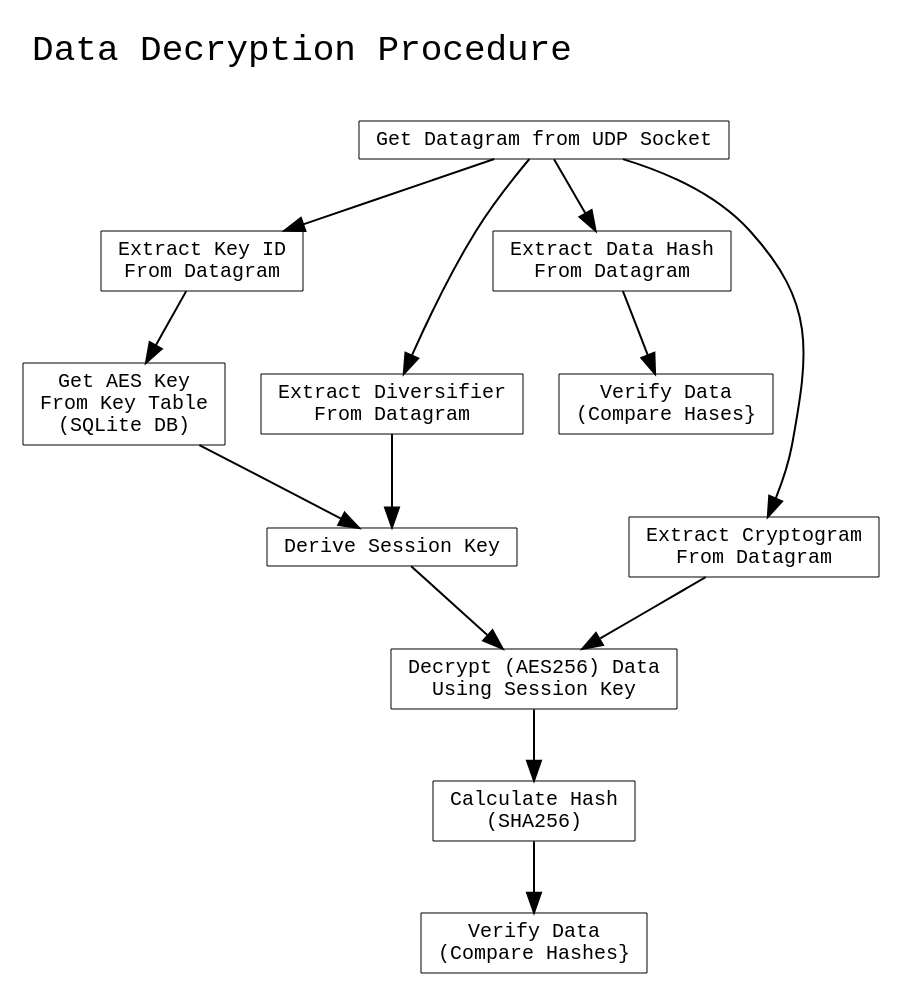
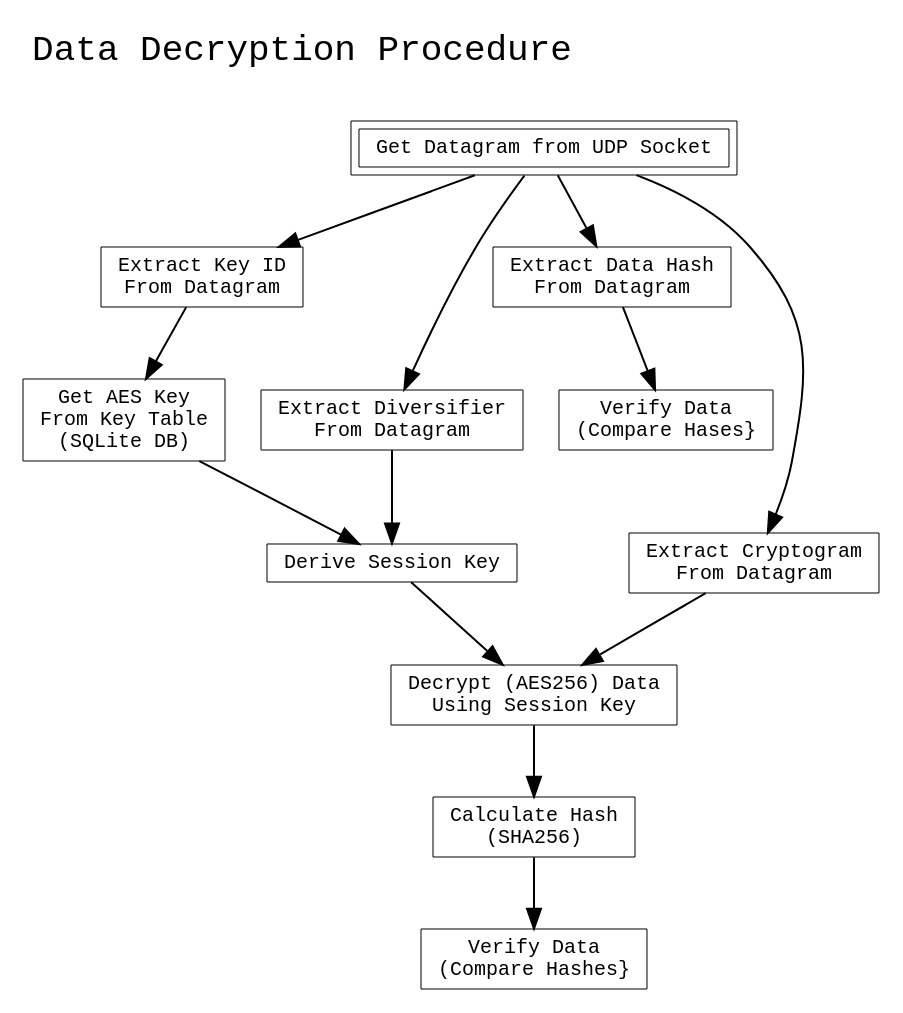
The diagram in fig3.dot (gx-t/doc), drawn with Graphviz before and after one commit. The commit also changed 1 other file, not shown here.

```diff
--- a/fig3.dot
+++ b/fig3.dot
@@ -1,17 +1,18 @@
 digraph G {
   graph [fontname=Courier,fontsize=10.0,labeljust=l,nojustify=true];
 
   labelloc="t";
 
   label="Data Decryption Procedure\n\n";
   fontsize=18;
 
   node [shape=box,width=0.2,height=0.2,fontname=Courier,fontsize=10.0,penwidth=0.5];
   rankdir=TB;
+  "Get Datagram from UDP Socket" [peripheries = 2]
   "Get Datagram from UDP Socket"->"Extract Key ID\nFrom Datagram"->"Get AES Key\nFrom Key Table\n(SQLite DB)"->"Derive Session Key"
   "Get Datagram from UDP Socket"->"Extract Diversifier\nFrom Datagram"->"Derive Session Key"
   "Get Datagram from UDP Socket"->"Extract Data Hash\nFrom Datagram"->"Verify Data\n(Compare Hases}"
   "Get Datagram from UDP Socket"->"Extract Cryptogram\nFrom Datagram"->"Decrypt (AES256) Data\nUsing Session Key"
   "Derive Session Key"->"Decrypt (AES256) Data\nUsing Session Key"->"Calculate Hash\n(SHA256)"->"Verify Data\n(Compare Hashes}"
 
 }
```
